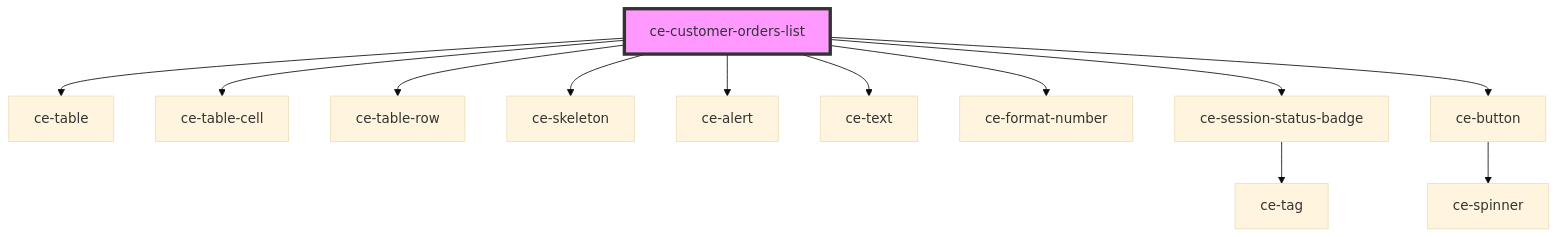
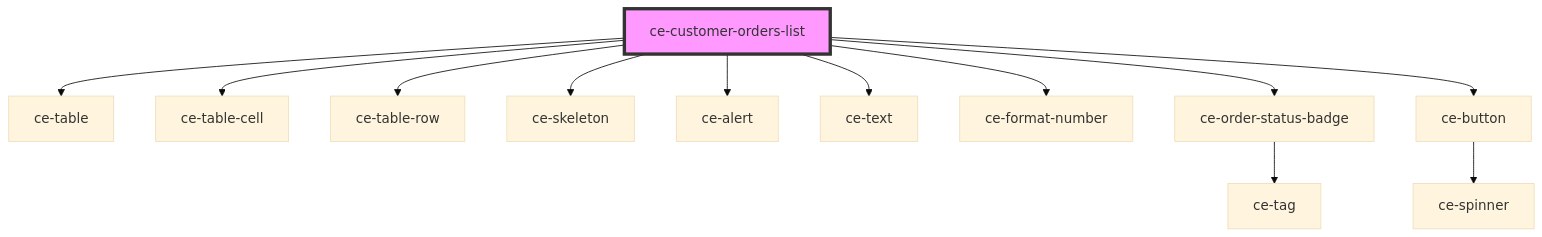
The diagram in packages/components/src/components/controllers/dashboard/customer-orders-list/readme.md (surecart/surecart-wp-plugin), drawn with Mermaid (base theme) before and after one commit. The commit also changed other lines of this file and 47 other files, not shown here.

````diff
--- a/packages/components/src/components/controllers/dashboard/customer-orders-list/readme.md
+++ b/packages/components/src/components/controllers/dashboard/customer-orders-list/readme.md
@@ -31,15 +31,15 @@
 ```mermaid
 graph TD;
   ce-customer-orders-list --> ce-table
   ce-customer-orders-list --> ce-table-cell
   ce-customer-orders-list --> ce-table-row
   ce-customer-orders-list --> ce-skeleton
   ce-customer-orders-list --> ce-alert
   ce-customer-orders-list --> ce-text
   ce-customer-orders-list --> ce-format-number
-  ce-customer-orders-list --> ce-session-status-badge
+  ce-customer-orders-list --> ce-order-status-badge
   ce-customer-orders-list --> ce-button
-  ce-session-status-badge --> ce-tag
+  ce-order-status-badge --> ce-tag
   ce-button --> ce-spinner
   style ce-customer-orders-list fill:#f9f,stroke:#333,stroke-width:4px
 ```
````
